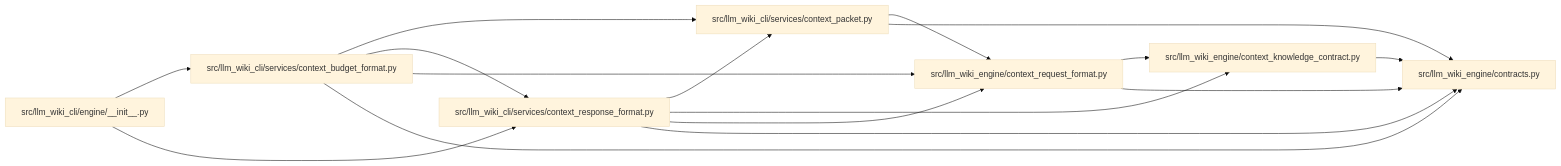
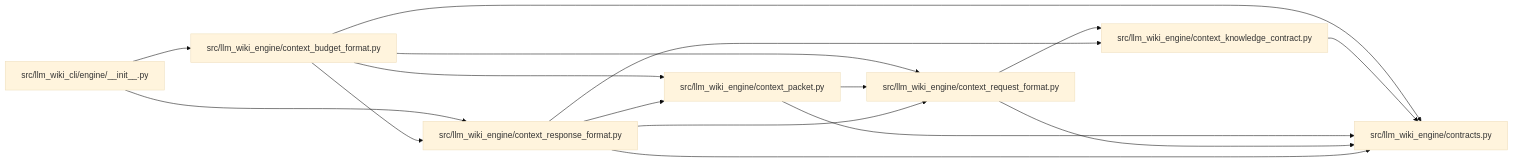
The diagram in docs/llm_wiki/modules/context_response_format.md (Denissvgn/python-wiki-llm), drawn with Mermaid (base theme) before and after one commit. The commit also changed other lines of this file and 577 other files, not shown here.

Commit message:
docs: refresh the wiki for the engine context packet

````diff
--- a/docs/llm_wiki/modules/context_response_format.md
+++ b/docs/llm_wiki/modules/context_response_format.md
@@ -29,32 +29,32 @@
 ```mermaid
 flowchart LR
     n0["src/llm_wiki_cli/engine/__init__.py"]
-    n1["src/llm_wiki_cli/services/context_budget_format.py"]
-    n2["src/llm_wiki_cli/services/context_packet.py"]
-    n3["src/llm_wiki_cli/services/context_response_format.py"]
-    n4["src/llm_wiki_engine/context_knowledge_contract.py"]
-    n5["src/llm_wiki_engine/context_request_format.py"]
+    n1["src/llm_wiki_engine/context_budget_format.py"]
+    n2["src/llm_wiki_engine/context_knowledge_contract.py"]
+    n3["src/llm_wiki_engine/context_packet.py"]
+    n4["src/llm_wiki_engine/context_request_format.py"]
+    n5["src/llm_wiki_engine/context_response_format.py"]
     n6["src/llm_wiki_engine/contracts.py"]
     n0 --> n1
-    n0 --> n3
-    n1 --> n2
+    n0 --> n5
     n1 --> n3
+    n1 --> n4
     n1 --> n5
     n1 --> n6
-    n2 --> n5
     n2 --> n6
-    n3 --> n2
     n3 --> n4
-    n3 --> n5
     n3 --> n6
+    n4 --> n2
     n4 --> n6
+    n5 --> n2
+    n5 --> n3
     n5 --> n4
     n5 --> n6
     click n0 "../modules/engine___init__.md"
     click n1 "../modules/context_budget_format.md"
-    click n2 "../modules/context_packet.md"
-    click n3 "../modules/context_response_format.md"
-    click n4 "../modules/context_knowledge_contract.md"
-    click n5 "../modules/context_request_format.md"
+    click n2 "../modules/context_knowledge_contract.md"
+    click n3 "../modules/context_packet.md"
+    click n4 "../modules/context_request_format.md"
+    click n5 "../modules/context_response_format.md"
     click n6 "../modules/llm_wiki_engine_contracts.md"
 ```
````
